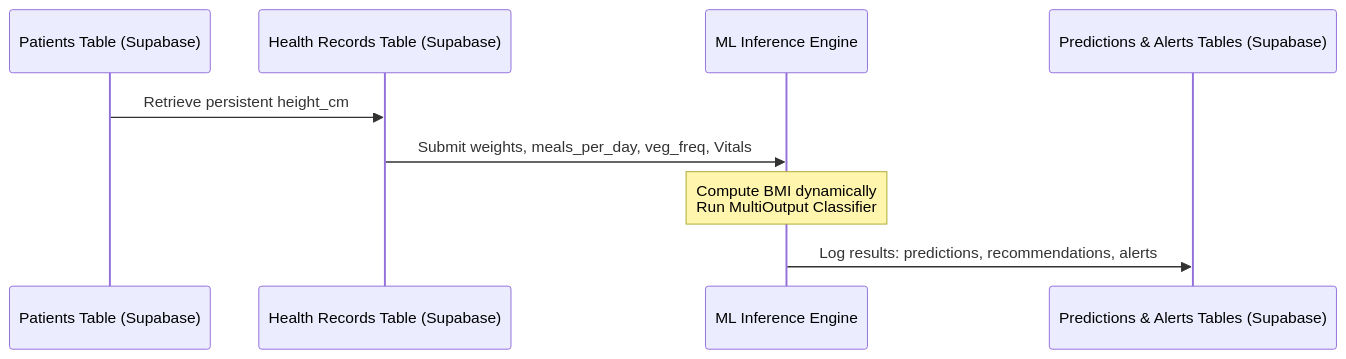
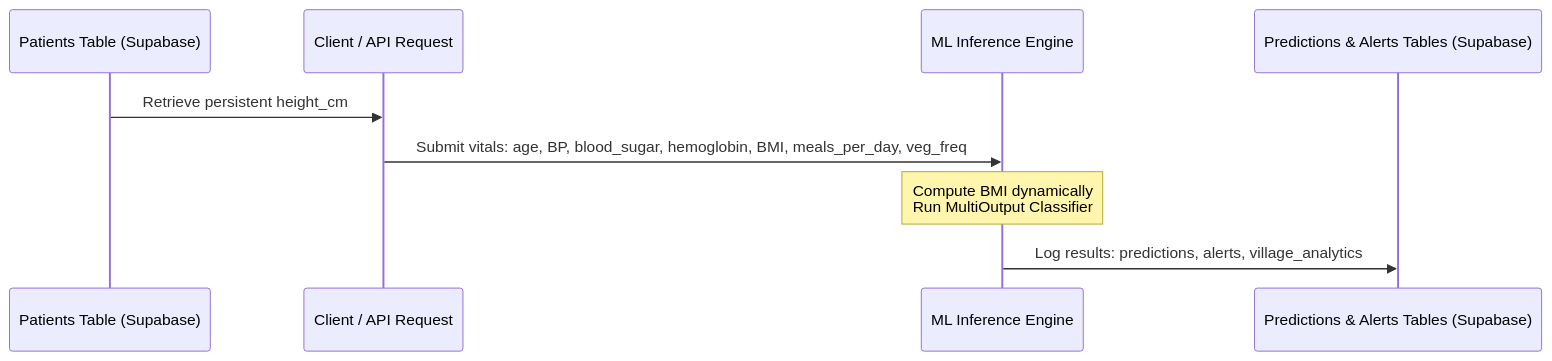
Before and after one commit to Rayied991/NAB-Preg-AI--AI-Powered-Maternal-Risk-Intelligence-Platform: the second of 2 diagrams in README.md, drawn with Mermaid. The commit also changed other lines of this file and 33 other files, not shown here.

````diff
--- a/README.md
+++ b/README.md
@@ -367,12 +381,12 @@
 ```mermaid
 sequenceDiagram
     participant P as Patients Table (Supabase)
-    participant H as Health Records Table (Supabase)
+    participant C as Client / API Request
     participant E as ML Inference Engine
     participant O as Predictions & Alerts Tables (Supabase)
 
-    P->>H: Retrieve persistent height_cm
-    H->>E: Submit weights, meals_per_day, veg_freq, Vitals
+    P->>C: Retrieve persistent height_cm
+    C->>E: Submit vitals: age, BP, blood_sugar, hemoglobin, BMI, meals_per_day, veg_freq
     Note over E: Compute BMI dynamically<br/>Run MultiOutput Classifier
-    E->>O: Log results: predictions, recommendations, alerts
+    E->>O: Log results: predictions, alerts, village_analytics
 ```
````
